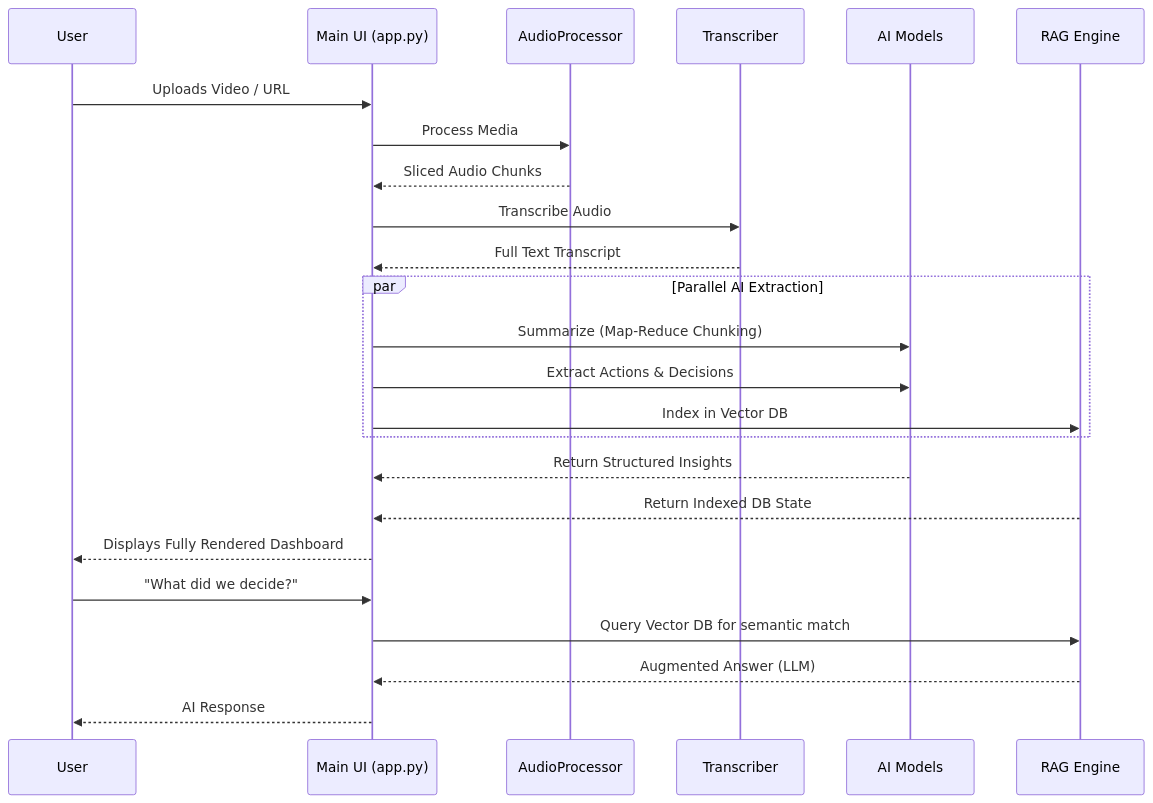
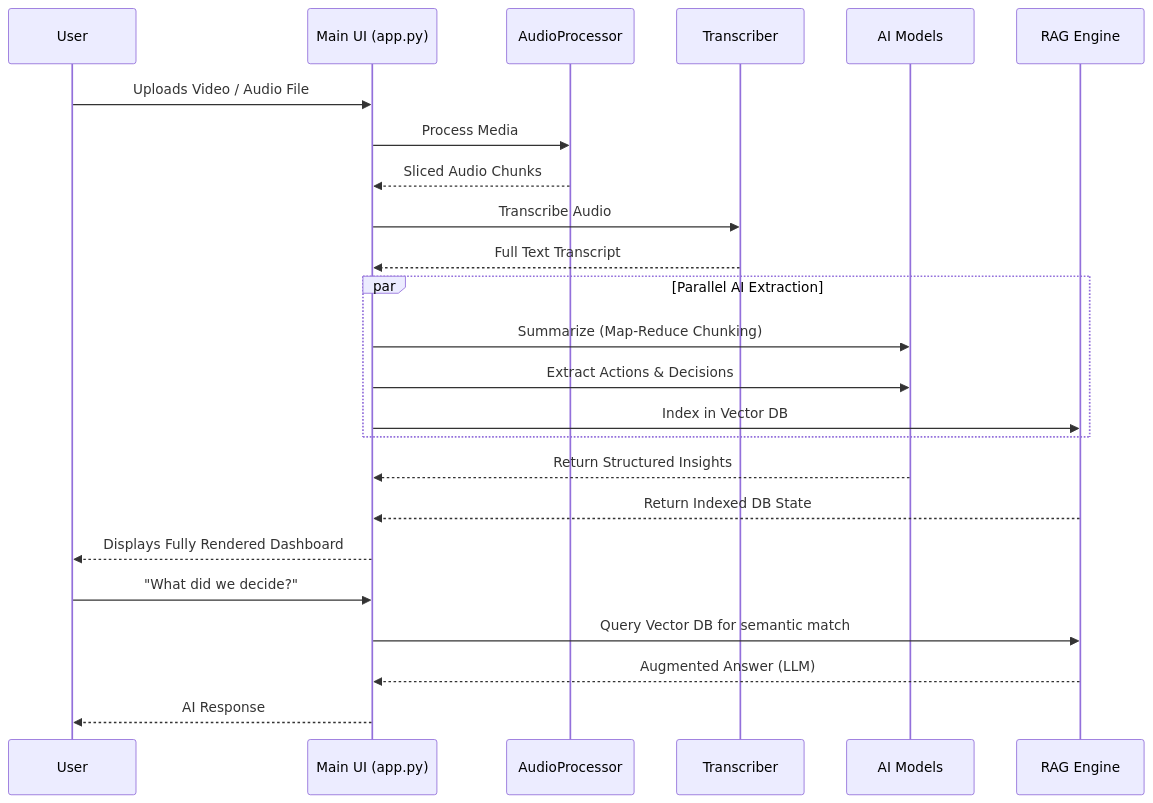
The second of 2 diagrams in README.md (ag22042008/Minute_Mind), drawn with Mermaid before and after one commit. The commit also changed other lines of this file and 1 other file, not shown here.

Commit message:
docs: advise users to download video locally and upload due to YouTube cloud blocking

````diff
--- a/README.md
+++ b/README.md
@@ -68,30 +69,30 @@
 ```mermaid
 sequenceDiagram
     participant U as User
     participant A as Main UI (app.py)
     participant AP as AudioProcessor
     participant T as Transcriber
     participant LLM as AI Models
     participant R as RAG Engine
 
-    U->>A: Uploads Video / URL
+    U->>A: Uploads Video / Audio File
     A->>AP: Process Media
     AP-->>A: Sliced Audio Chunks
     A->>T: Transcribe Audio
     T-->>A: Full Text Transcript
     
     par Parallel AI Extraction
         A->>LLM: Summarize (Map-Reduce Chunking)
         A->>LLM: Extract Actions & Decisions
         A->>R: Index in Vector DB
     end
     
     LLM-->>A: Return Structured Insights
     R-->>A: Return Indexed DB State
     A-->>U: Displays Fully Rendered Dashboard
     
     U->>A: "What did we decide?"
     A->>R: Query Vector DB for semantic match
     R-->>A: Augmented Answer (LLM)
     A-->>U: AI Response
 ```
````
